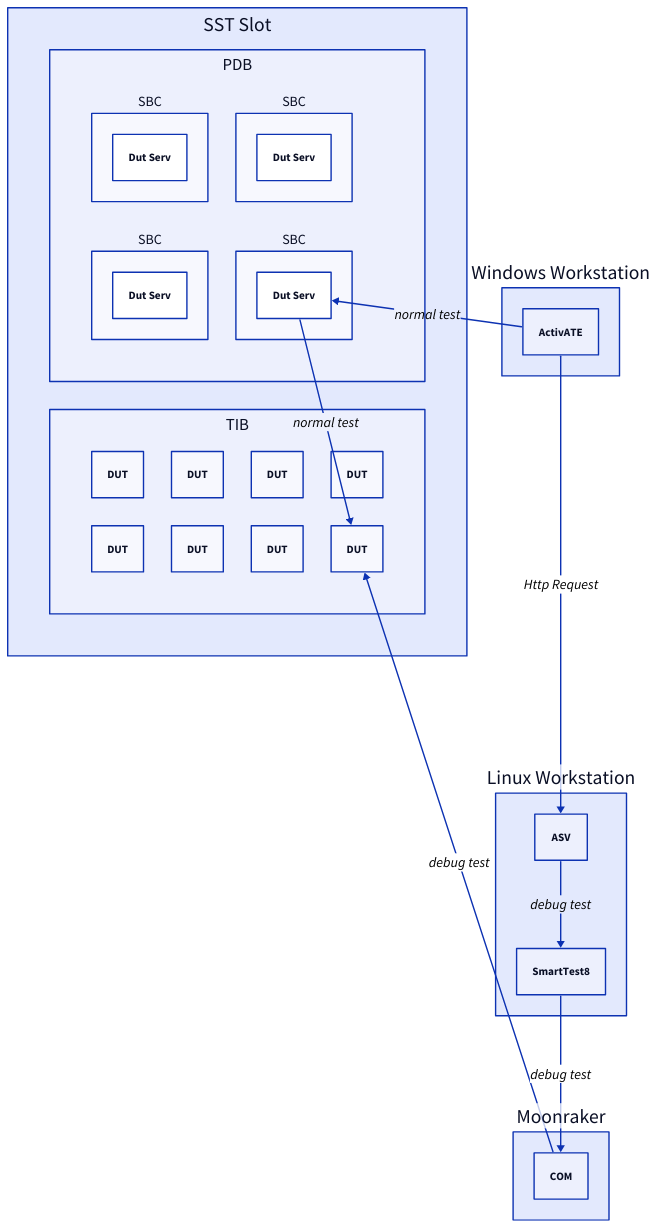
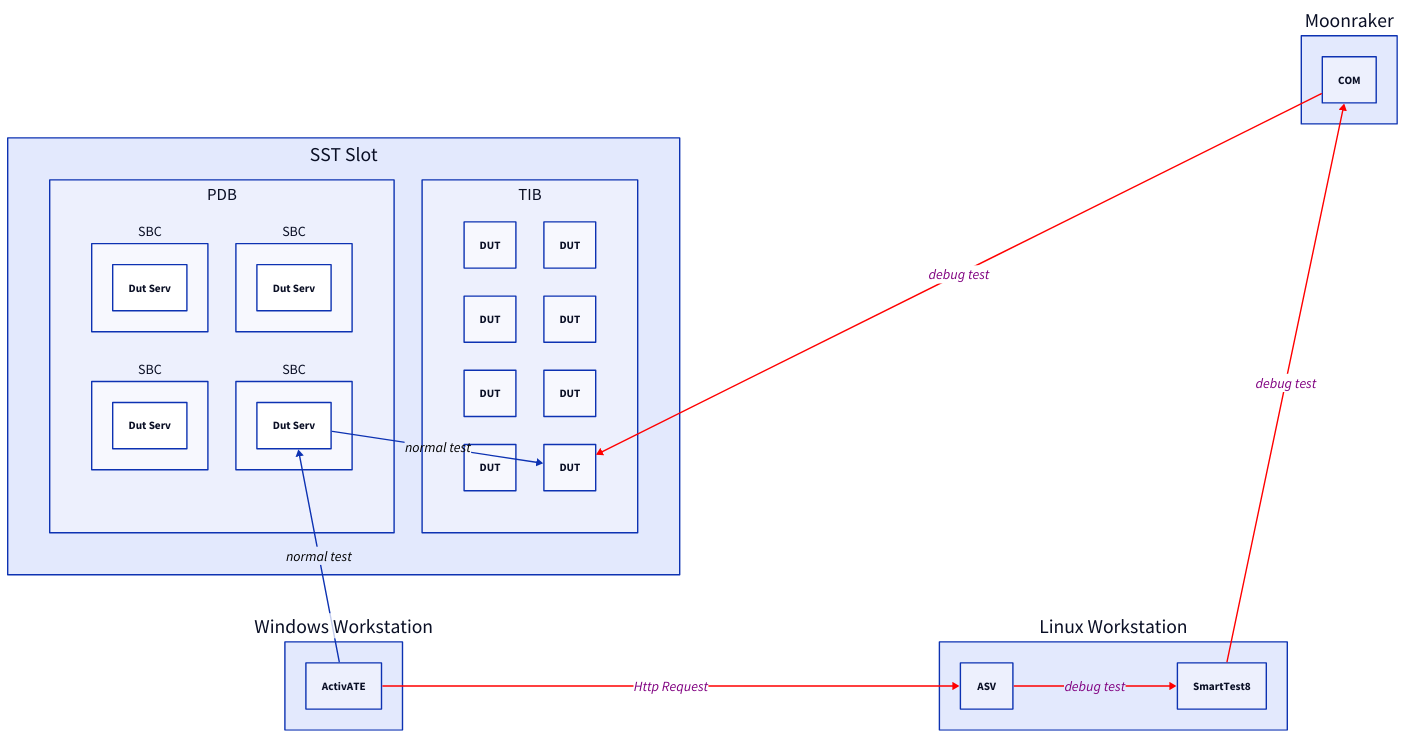
The diagram in activate_asv_st8.d2 (gf4t47/PSV), drawn with D2 before and after one commit. The commit also changed 5 other files, not shown here.

```diff
--- a/activate_asv_st8.d2
+++ b/activate_asv_st8.d2
@@ -1,69 +1,82 @@
-# direction: down
+direction: right
 
 vars {
     DutServ: Dut Serv
 }
 
 classes {
     ConnLable: {
         style: {
             font-size: 20
             font-color: black
         }
     }
+
+    ConnLine: {
+        style: {
+            font-color: purple
+            stroke: red
+        }
+    }
 }
 
 SST {
     # near: top-left
     
     label: "SST Slot"
-    grid-rows: 2
+    # grid-rows: 2
+    grid-columns: 2
 
     PDB: "PDB" {
-        grid-rows: 2
+        # grid-rows: 2
+        grid-columns: 2
 
         SBC1: SBC {
             DutServ: ${DutServ}
         }
         SBC2: SBC {
             DutServ: ${DutServ}
         }
         SBC3: SBC{
             DutServ: ${DutServ}
         }
         SBC4: SBC{
             DutServ: ${DutServ}
         }
     }
 
     TIB: "TIB" {
-        grid-rows: 2
+        # grid-rows: 2
+        grid-columns: 2
 
         DUT1: DUT
         DUT2: DUT
         DUT3: DUT
         DUT4: DUT
         DUT5: DUT
         DUT6: DUT
         DUT7: DUT
         DUT8: DUT
     }   
 }
 
 WS: Windows Workstation  {
-    # near: top-right
+    # near: bottom-left
     ActivATE
 }
 
 LS: Linux Workstation {
+    # direction: up
+    # near: bottom-right
     ASV
-    ST8: SmartTest8
+    ST8: SmartTest8    
 }
 
 Moonraker: {
+    near: top-right
     COM
 }
 
 SST.TIB.DUT8 <- SST.PDB.SBC4.DutServ <- WS.ActivATE : normal test { class: ConnLable }
-LS.ASV <- WS.ActivATE: Http Request { class: ConnLable }
-SST.TIB.DUT8 <- Moonraker.COM <- LS.ST8 <- LS.ASV: debug test { class: ConnLable }
+LS.ASV <- WS.ActivATE: Http Request { class: [ConnLable; ConnLine] }
+SST.TIB.DUT8 <- Moonraker.COM <- LS.ST8 <- LS.ASV: debug test { class: [ConnLable; ConnLine] }
```
